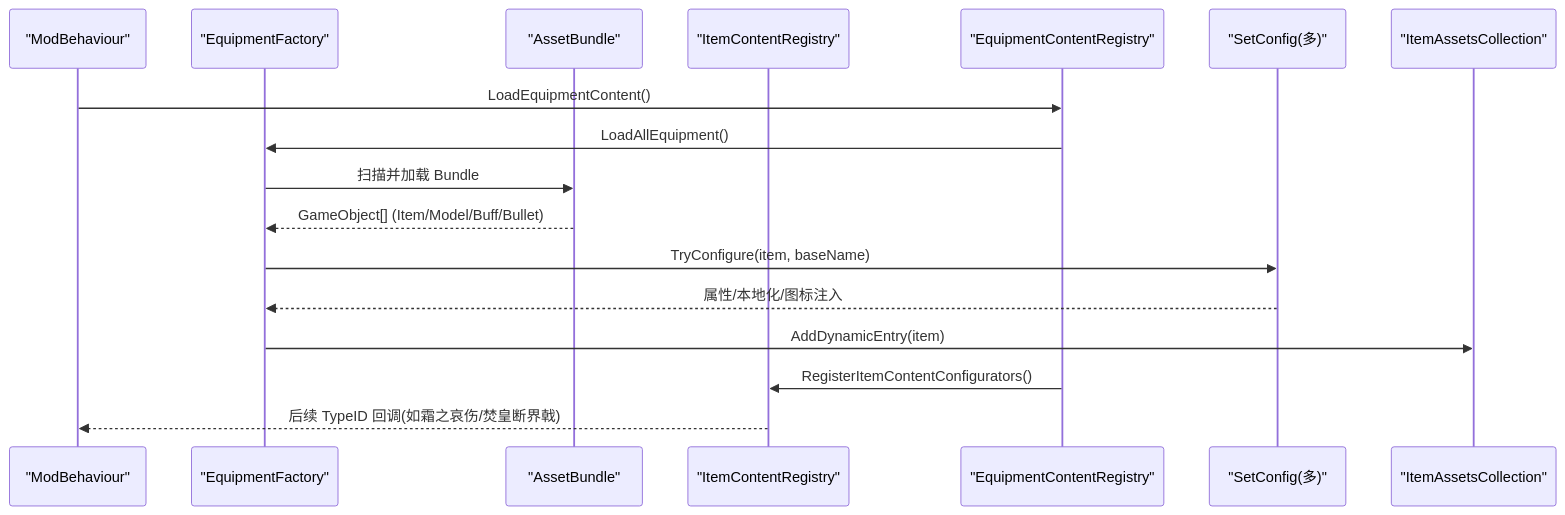
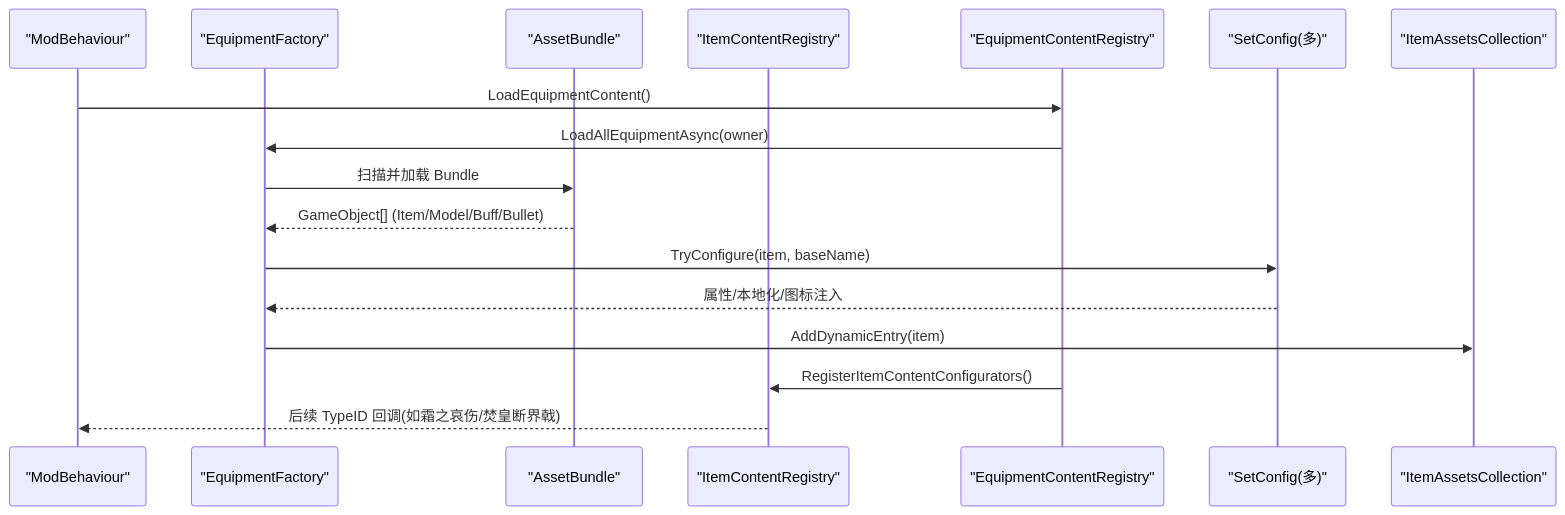
Before and after one commit to GASEN1216/BossRushMod: the second of 7 diagrams in .qoder/repowiki/zh/content/装备与物品系统/装备与物品系统.md, drawn with Mermaid. The commit also changed other lines of this file and 315 other files, not shown here.

Commit message:
v2.6.0：收集品 100 件与收藏册（开箱额外一格、九图两全图系列与珍品、集齐奖励、杰夫引导 590217、陈列柜实物与 6–8 档格框），全部物品图标按原版画风重画并统一到 ModItemIcons + Publish；资源读取统一为 ModSprites、ResourceBundleLoader、JsonDataRegistry、BossRushOfficialAudio、GetModPath 五个入口并删过期加载代码，修好从未响过的龙王武器射击音；主角枪械暴击率加成改为爆头伤害，收集品审核七条全修

````diff
--- a/.qoder/repowiki/zh/content/装备与物品系统/装备与物品系统.md
+++ b/.qoder/repowiki/zh/content/装备与物品系统/装备与物品系统.md
@@ -112,19 +112,19 @@
 ```mermaid
 sequenceDiagram
 participant M as "ModBehaviour"
 participant EF as "EquipmentFactory"
 participant AB as "AssetBundle"
 participant IC as "ItemContentRegistry"
 participant EC as "EquipmentContentRegistry"
 participant SC as "SetConfig(多)"
 participant IA as "ItemAssetsCollection"
 M->>EC : LoadEquipmentContent()
-EC->>EF : LoadAllEquipment()
+EC->>EF : LoadAllEquipmentAsync(owner)
 EF->>AB : 扫描并加载 Bundle
 AB-->>EF : GameObject[] (Item/Model/Buff/Bullet)
 EF->>SC : TryConfigure(item, baseName)
 SC-->>EF : 属性/本地化/图标注入
 EF->>IA : AddDynamicEntry(item)
 EC->>IC : RegisterItemContentConfigurators()
 IC-->>M : 后续 TypeID 回调(如霜之哀伤/焚皇断界戟)
 ```
````
